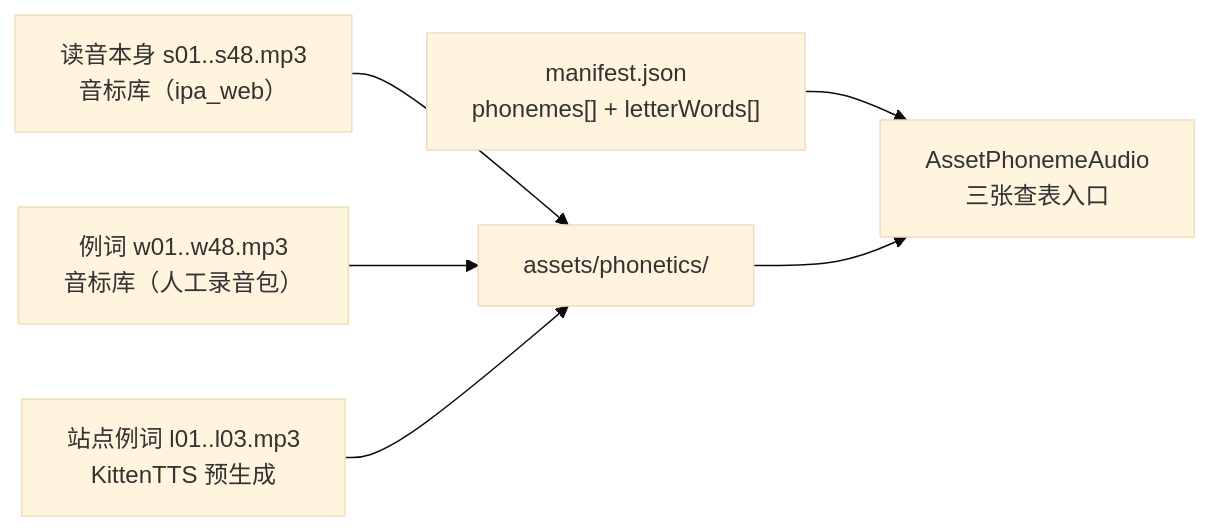
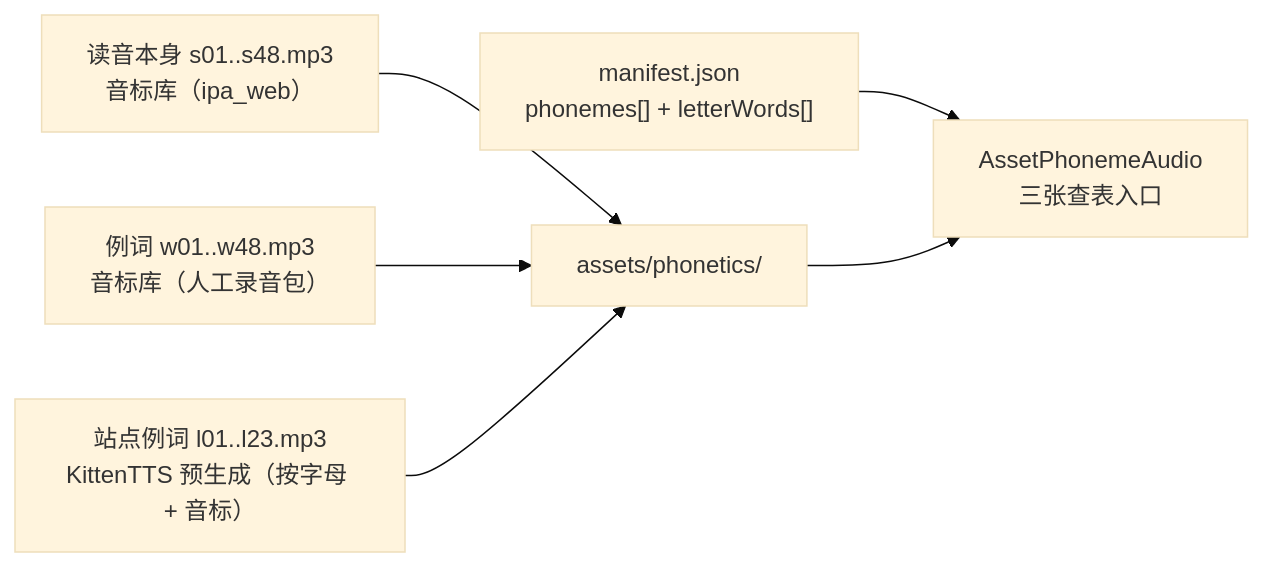
The third of 7 diagrams in impl/app/flutter/docs/reference-alphabet.md (kindywu/contexta), drawn with Mermaid (base theme) before and after one commit. The commit also changed other lines of this file and 35 other files, not shown here.

````diff
--- a/impl/app/flutter/docs/reference-alphabet.md
+++ b/impl/app/flutter/docs/reference-alphabet.md
@@ -73,8 +74,8 @@
 ```mermaid
 flowchart LR
     A["读音本身 s01..s48.mp3<br/>音标库（ipa_web）"] --> D["assets/phonetics/"]
     B["例词 w01..w48.mp3<br/>音标库（人工录音包）"] --> D
-    C["站点例词 l01..l03.mp3<br/>KittenTTS 预生成"] --> D
+    C["站点例词 l01..l23.mp3<br/>KittenTTS 预生成（按字母 + 音标）"] --> D
     E["manifest.json<br/>phonemes[] + letterWords[]"] --> F["AssetPhonemeAudio<br/>三张查表入口"]
     D --> F
 ```
````
